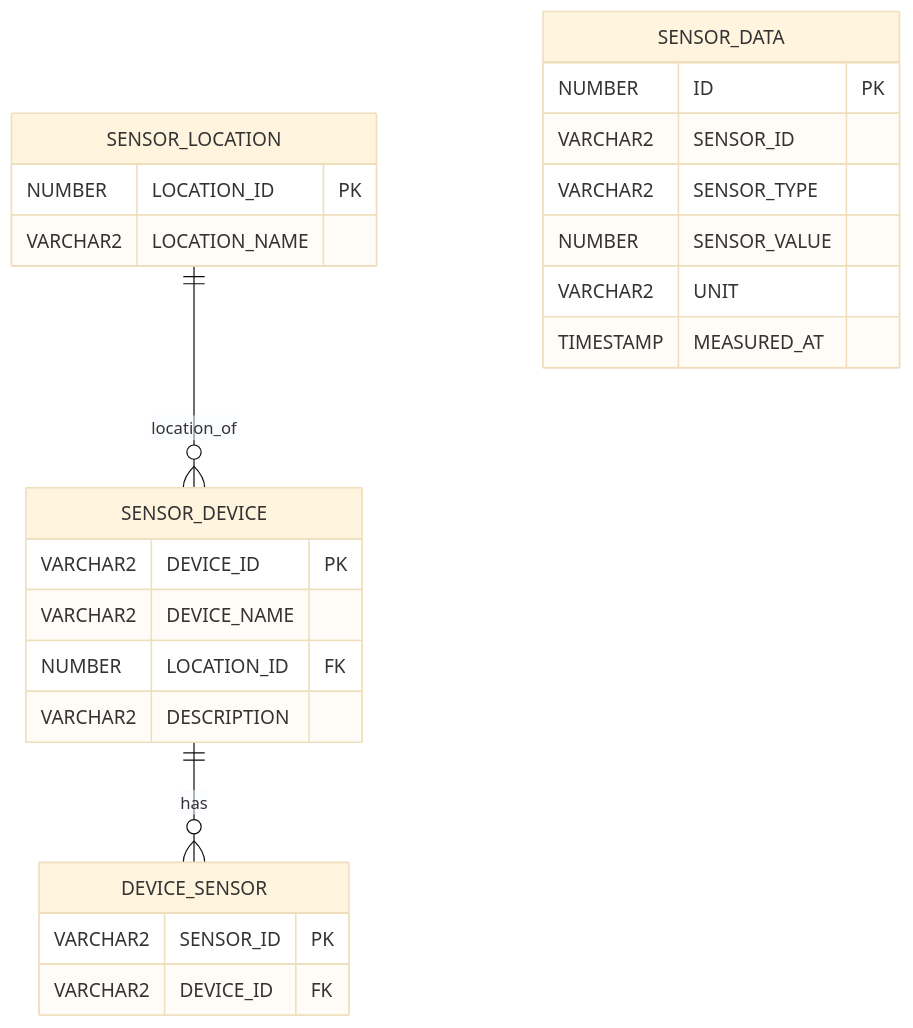
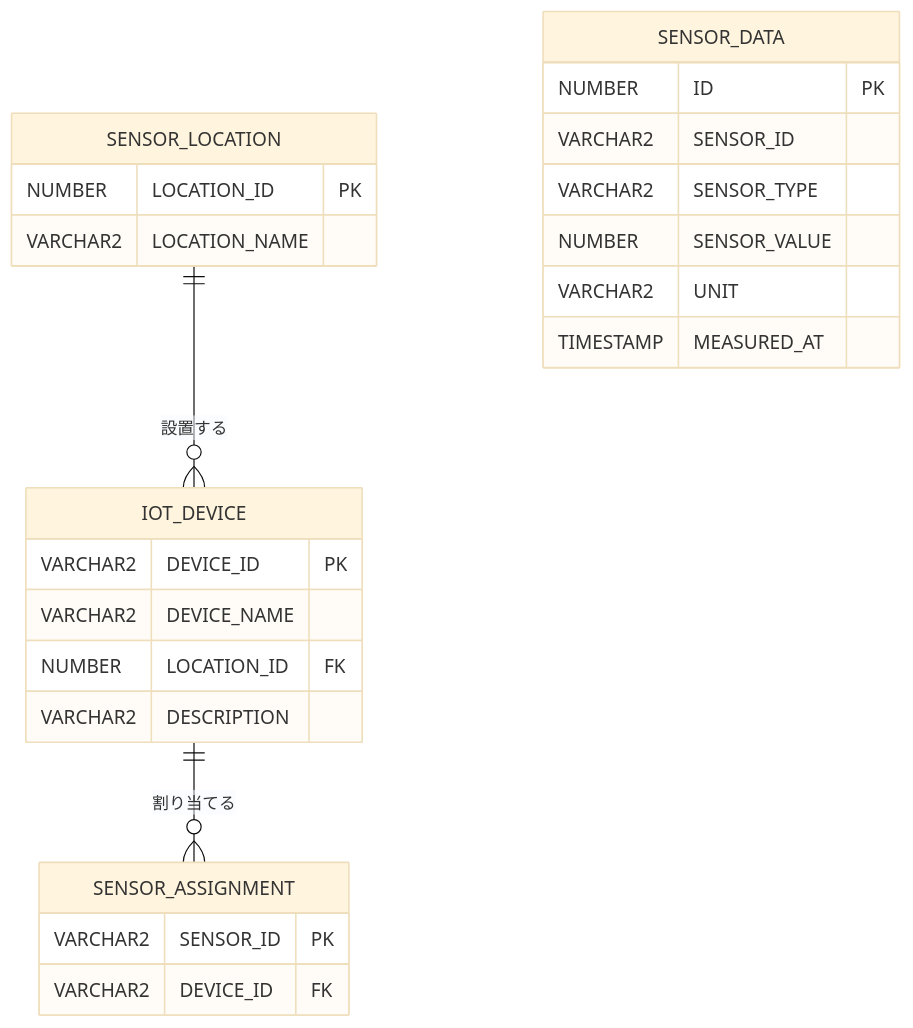
The diagram in docs/extensions/design/C_デバイス管理.md (t-hkd28/iot-service), drawn with Mermaid (base theme) before and after one commit. The commit also changed other lines of this file and 28 other files, not shown here.

````diff
--- a/docs/extensions/design/C_デバイス管理.md
+++ b/docs/extensions/design/C_デバイス管理.md
@@ -14,27 +7,27 @@
 ```mermaid
 erDiagram
- SENSOR_LOCATION ||--o{ SENSOR_DEVICE : location_of
- SENSOR_DEVICE ||--o{ DEVICE_SENSOR : has
- SENSOR_LOCATION { 
-     NUMBER LOCATION_ID PK
-     VARCHAR2 LOCATION_NAME
- }
- SENSOR_DEVICE {
-     VARCHAR2 DEVICE_ID PK
-     VARCHAR2 DEVICE_NAME
-     NUMBER LOCATION_ID FK
-     VARCHAR2 DESCRIPTION
- }
- DEVICE_SENSOR {
-     VARCHAR2 SENSOR_ID PK
-     VARCHAR2 DEVICE_ID FK
- }
- SENSOR_DATA {
-     NUMBER ID PK
-     VARCHAR2 SENSOR_ID
-     VARCHAR2 SENSOR_TYPE
-     NUMBER SENSOR_VALUE
-     VARCHAR2 UNIT
-     TIMESTAMP MEASURED_AT
- }
+    SENSOR_LOCATION ||--o{ IOT_DEVICE : "設置する"
+    IOT_DEVICE ||--o{ SENSOR_ASSIGNMENT : "割り当てる"
+    SENSOR_LOCATION {
+        NUMBER LOCATION_ID PK
+        VARCHAR2 LOCATION_NAME
+    }
+    IOT_DEVICE {
+        VARCHAR2 DEVICE_ID PK
+        VARCHAR2 DEVICE_NAME
+        NUMBER LOCATION_ID FK
+        VARCHAR2 DESCRIPTION
+    }
+    SENSOR_ASSIGNMENT {
+        VARCHAR2 SENSOR_ID PK
+        VARCHAR2 DEVICE_ID FK
+    }
+    SENSOR_DATA {
+        NUMBER ID PK
+        VARCHAR2 SENSOR_ID
+        VARCHAR2 SENSOR_TYPE
+        NUMBER SENSOR_VALUE
+        VARCHAR2 UNIT
+        TIMESTAMP MEASURED_AT
+    }
 ```
````
